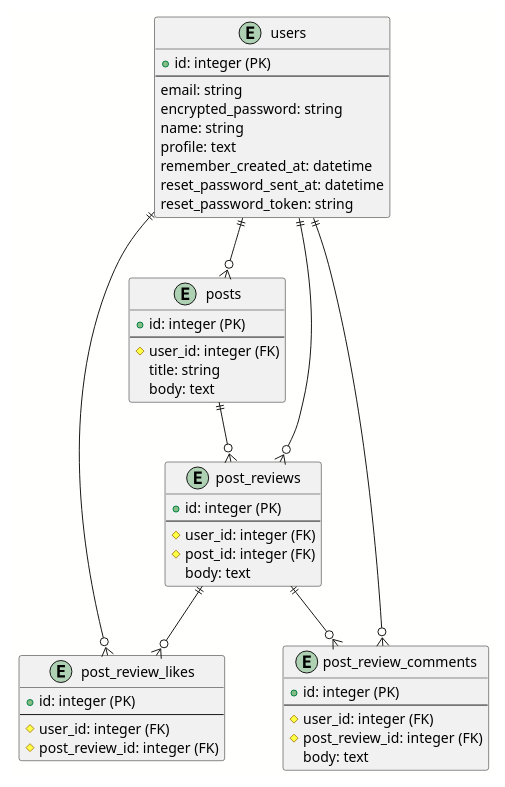
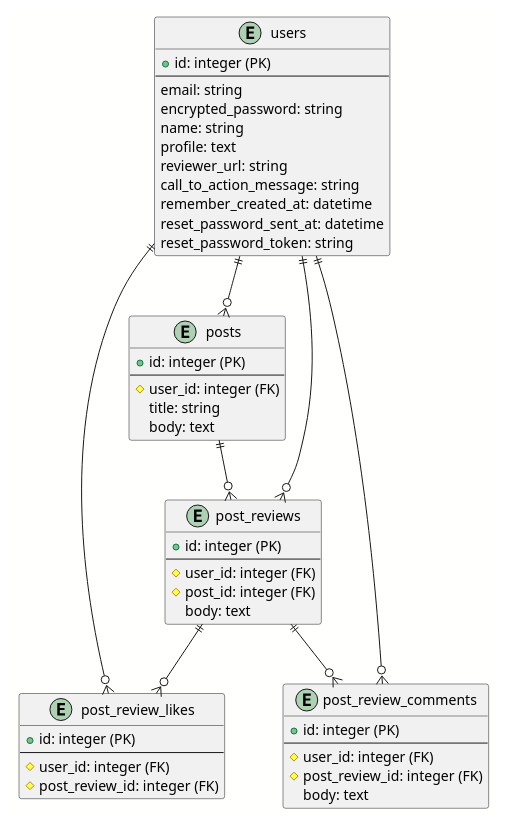
The diagram in README.md (necocoa/Instant-code-review), drawn with PlantUML before and after one commit. The commit also changed 6 other files, not shown here.

Commit message:
reviewer_url, cta_messageを追加

````diff
--- a/README.md
+++ b/README.md
@@ -8,62 +8,64 @@
 ```plantuml
 @startuml
 
 skinparam {
   defaultFontName Menlo
   backgroundColor #FFFFFE
 }
 
 entity users {
   + id: integer (PK)
   --
   email: string
   encrypted_password: string
   name: string
   profile: text
+  reviewer_url: string
+  call_to_action_message: string
   remember_created_at: datetime
   reset_password_sent_at: datetime
   reset_password_token: string
 }
 
 entity posts {
   + id: integer (PK)
   --
   # user_id: integer (FK)
   title: string
   body: text
 }
 
 entity post_reviews {
   + id: integer (PK)
   --
   # user_id: integer (FK)
   # post_id: integer (FK)
   body: text
 }
 
 entity post_review_likes {
   + id: integer (PK)
   --
   # user_id: integer (FK)
   # post_review_id: integer (FK)
 }
 
 entity post_review_comments {
   + id: integer (PK)
   --
   # user_id: integer (FK)
   # post_review_id: integer (FK)
   body: text
 }
 
 users ||--o{ post_reviews
 users ||--o{ posts
 users ||--o{ post_review_likes
 users ||--o{ post_review_comments
 
 posts ||--o{ post_reviews
 post_reviews ||--o{ post_review_likes
 post_reviews ||--o{ post_review_comments
 
 @enduml
 ```
````
